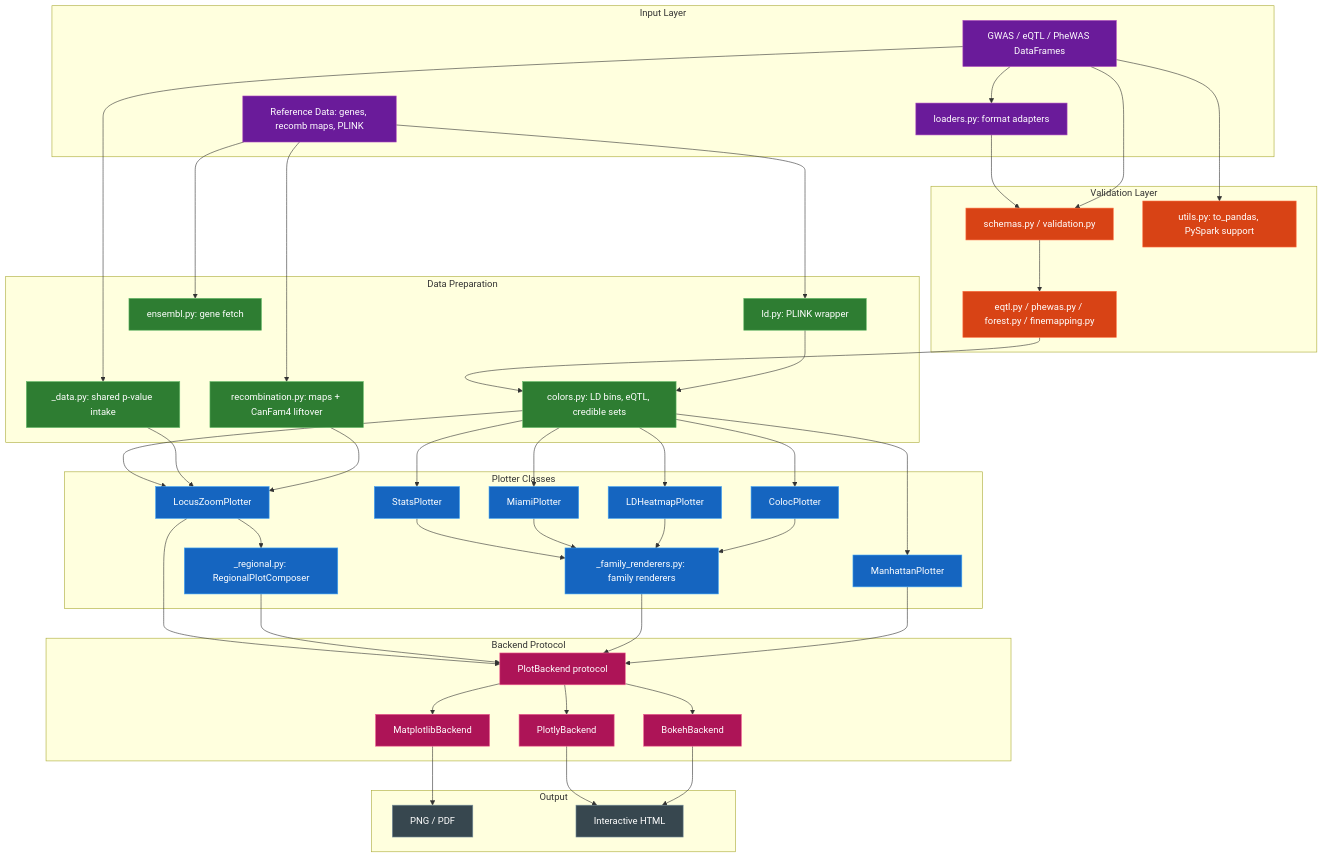
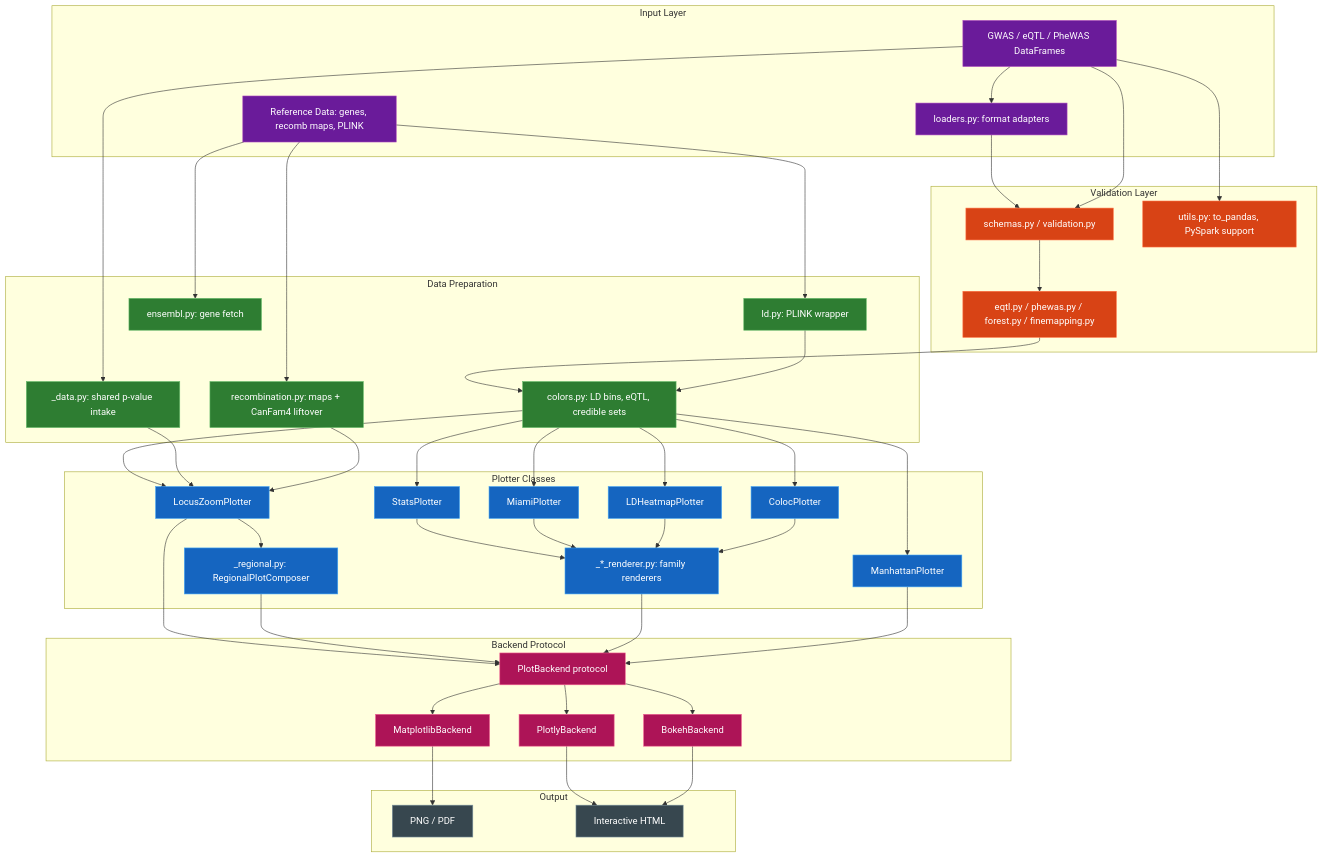
The diagram in docs/ARCHITECTURE.md (michael-denyer/pyLocusZoom), drawn with Mermaid before and after one commit. The commit also changed other lines of this file and 18 other files, not shown here.

```diff
--- a/docs/ARCHITECTURE.md
+++ b/docs/ARCHITECTURE.md
@@ -41,7 +41,7 @@
     subgraph Plotters["Plotter Classes"]
         LZ[LocusZoomPlotter]
         REGIONAL[_regional.py: RegionalPlotComposer]
-        FAMILIES[_family_renderers.py: family renderers]
+        FAMILIES[_*_renderer.py: family renderers]
         MP[ManhattanPlotter]
         SP[StatsPlotter]
         MIAMI[MiamiPlotter]
```
